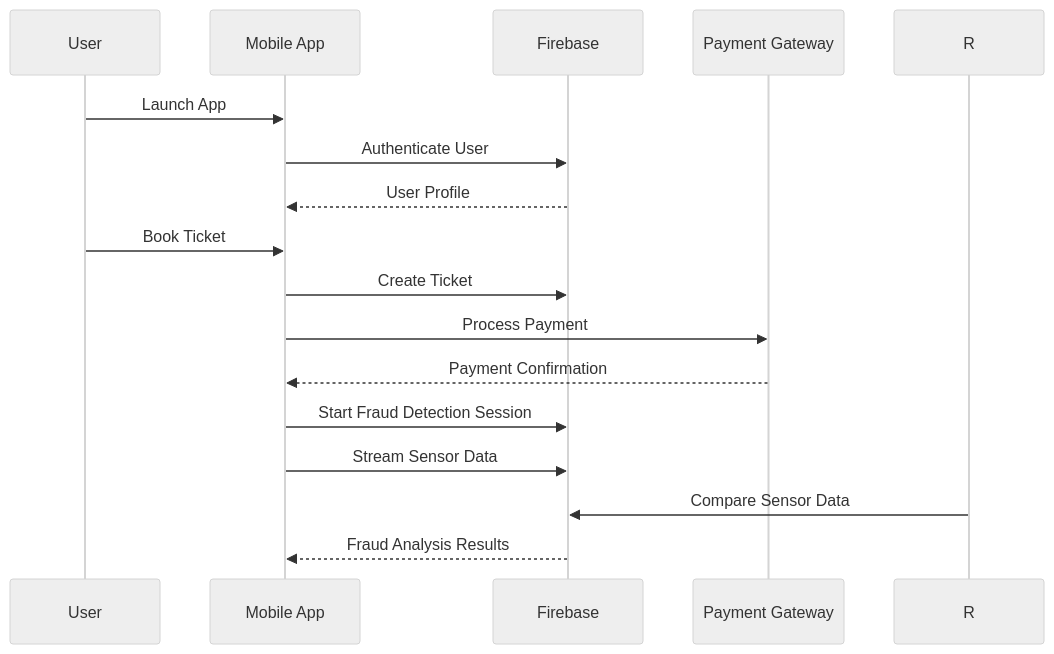
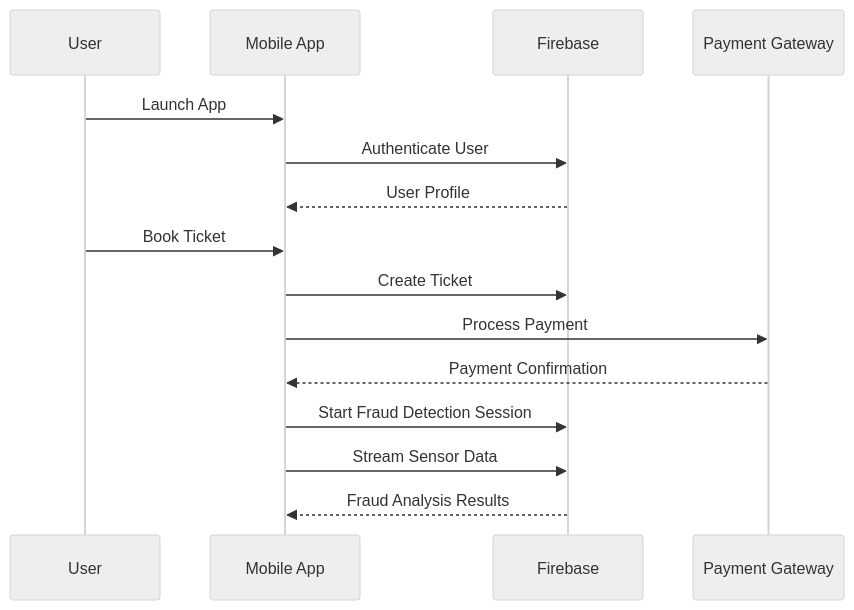
One commit to TharunBabu-05/smart_ticket_MTC changed the sixth of 11 diagrams in README.md. Above: the diagram before and after it, drawn with Mermaid (neutral theme). The commit also changed other lines of this file, not shown here.

````diff
--- a/README.md
+++ b/README.md
@@ -651,22 +651,21 @@
 ```mermaid
 sequenceDiagram
     participant U as User
     participant A as Mobile App
     participant F as Firebase
     participant P as Payment Gateway
     
     U->>A: Launch App
     A->>F: Authenticate User
     F-->>A: User Profile
     
     U->>A: Book Ticket
     A->>F: Create Ticket
     A->>P: Process Payment
     P-->>A: Payment Confirmation
     
     A->>F: Start Fraud Detection Session
     A->>F: Stream Sensor Data
-    R->>F: Compare Sensor Data
     
     F-->>A: Fraud Analysis Results
 ```
````
